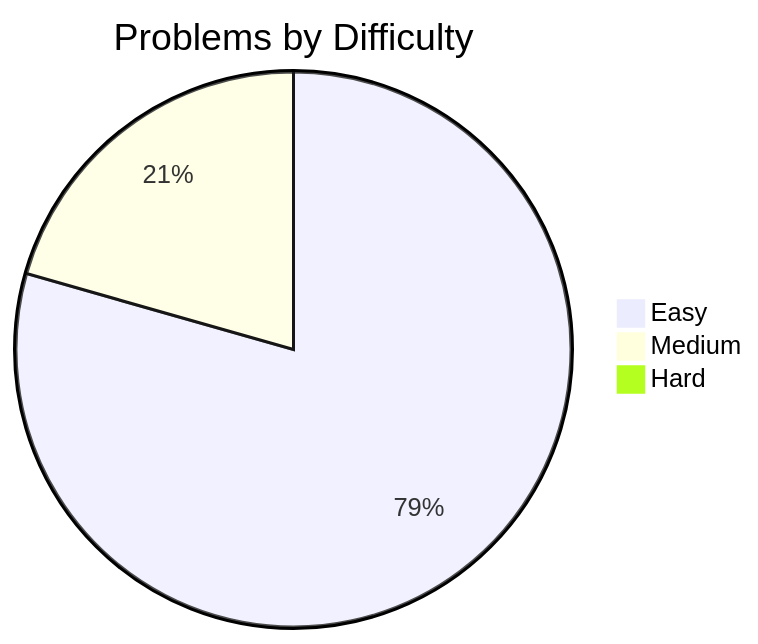
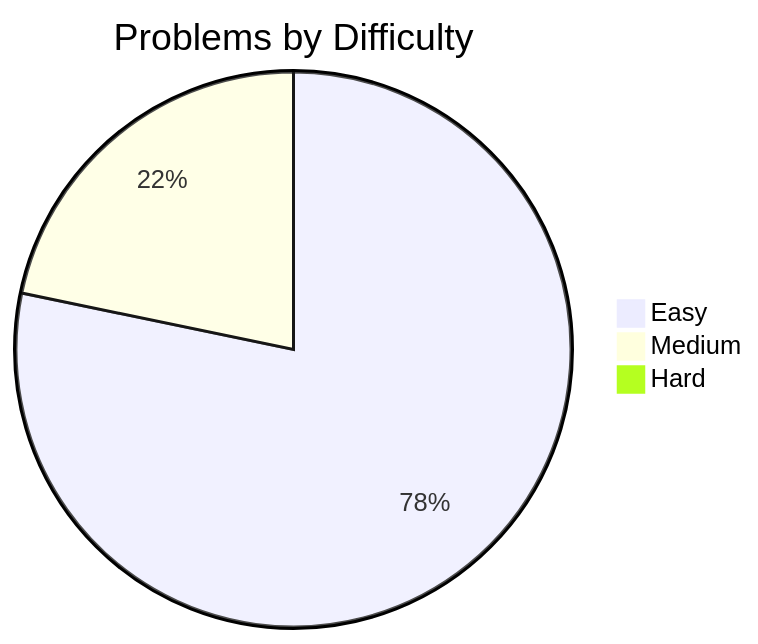
Before and after one commit to davelin18yufan/leetcode-journal: the diagram in README.md, drawn with Mermaid. The commit also changed other lines of this file and 7 other files, not shown here.

````diff
--- a/README.md
+++ b/README.md
@@ -7,7 +7,7 @@
 ```mermaid
 pie
     title Problems by Difficulty
     "Easy" : 54
-    "Medium" : 14
+    "Medium" : 15
     "Hard" : 0
 ```
````
